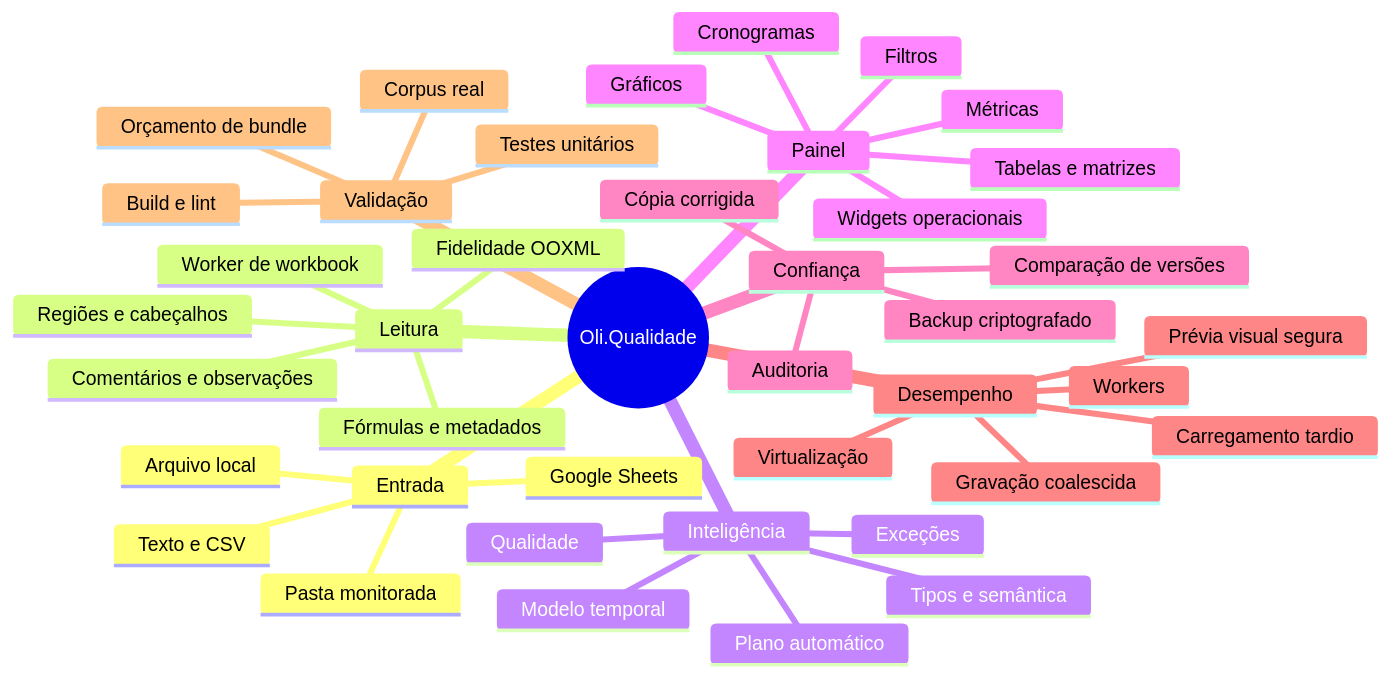
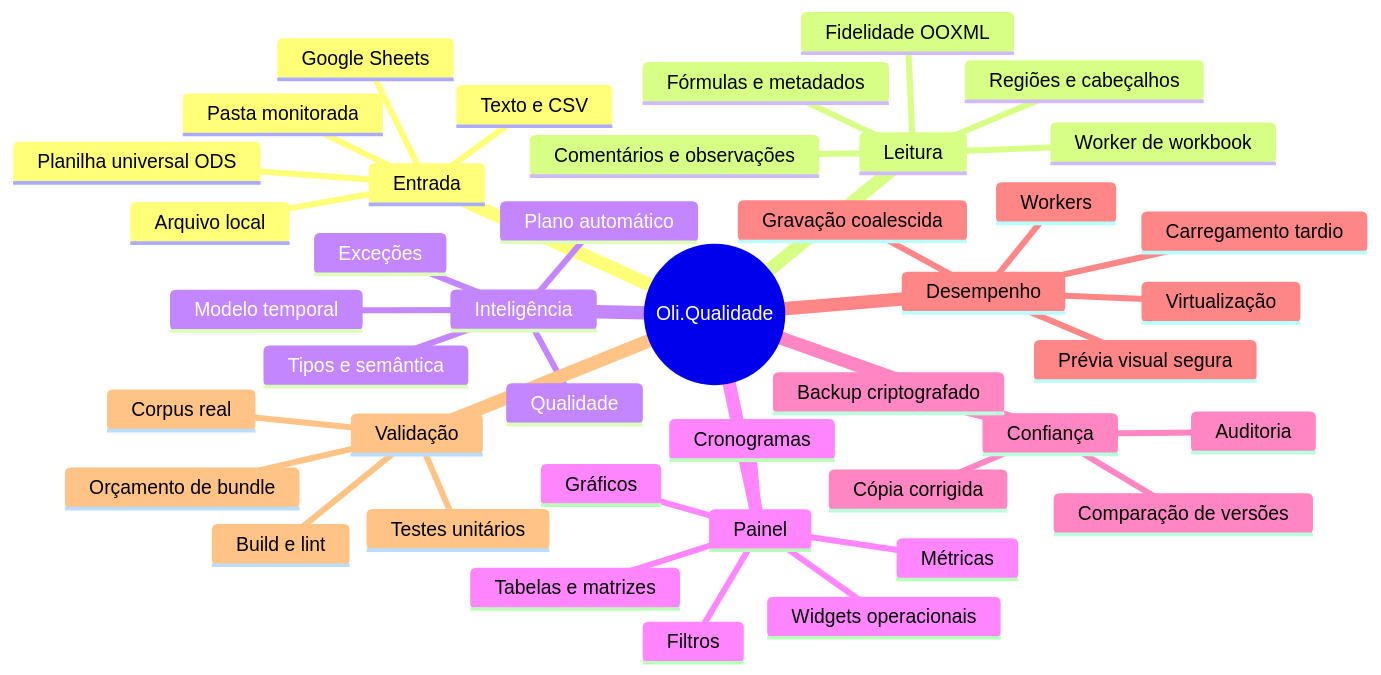
The first of 2 diagrams in docs/SECOND_BRAIN.md (olive644/oliqualidade), drawn with Mermaid before and after one commit. The commit also changed other lines of this file and 6 other files, not shown here.

````diff
--- a/docs/SECOND_BRAIN.md
+++ b/docs/SECOND_BRAIN.md
@@ -12,44 +12,45 @@
 ```mermaid
 mindmap
   root((Oli.Qualidade))
     Entrada
       Arquivo local
       Texto e CSV
+      Planilha universal ODS
       Google Sheets
       Pasta monitorada
     Leitura
       Worker de workbook
       Fidelidade OOXML
       Fórmulas e metadados
       Comentários e observações
       Regiões e cabeçalhos
     Inteligência
       Tipos e semântica
       Qualidade
       Exceções
       Modelo temporal
       Plano automático
     Painel
       Filtros
       Métricas
       Gráficos
       Cronogramas
       Tabelas e matrizes
       Widgets operacionais
     Confiança
       Auditoria
       Comparação de versões
       Cópia corrigida
       Backup criptografado
     Desempenho
       Workers
       Carregamento tardio
       Virtualização
       Prévia visual segura
       Gravação coalescida
     Validação
       Testes unitários
       Corpus real
       Build e lint
       Orçamento de bundle
 ```
````
